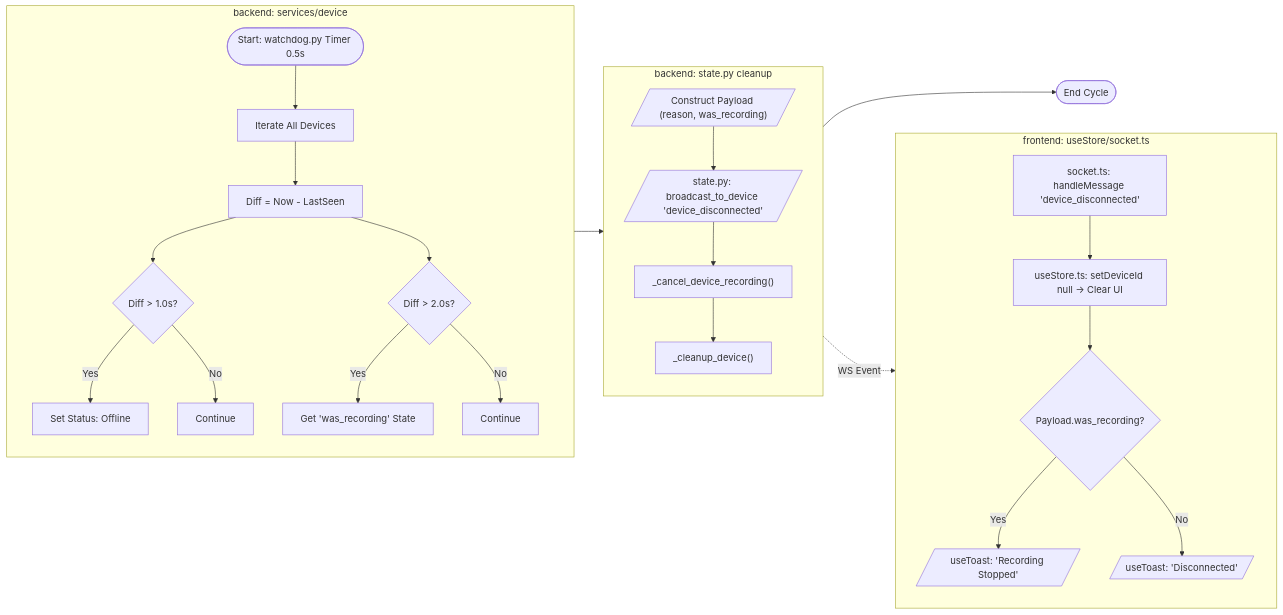
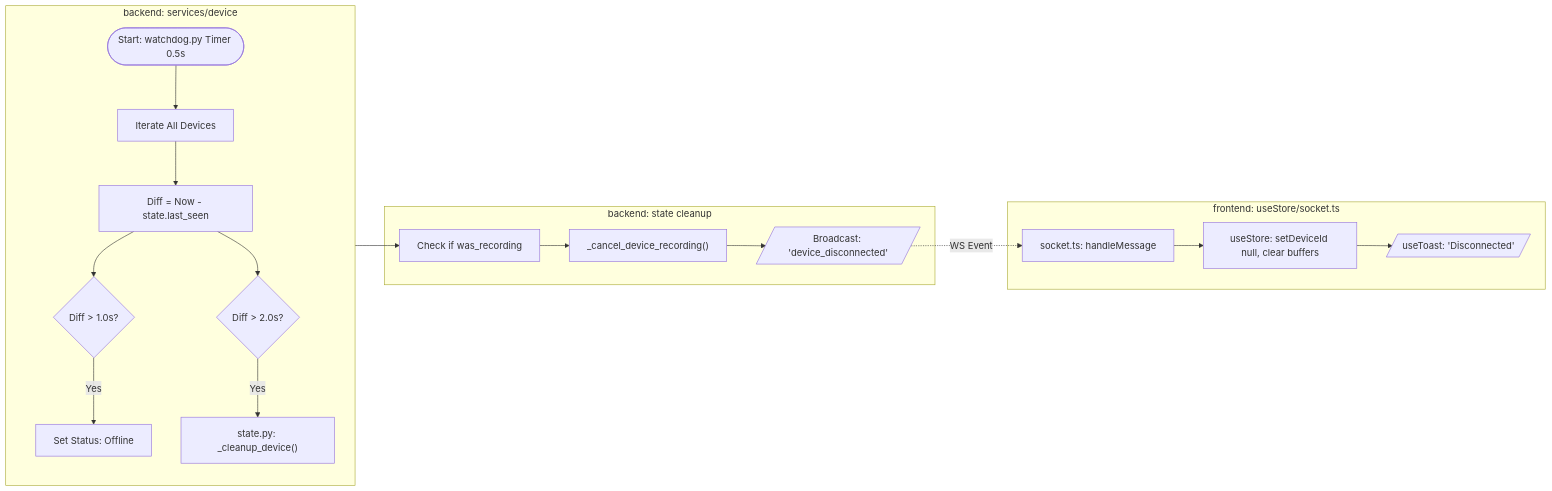
One commit to affanrk/ecg-puskesmas changed the sixth of 9 diagrams in SYSTEM_FLOWS.md. Above: the diagram before and after it, drawn with Mermaid. The commit also changed other lines of this file and 48 other files, not shown here.

Commit message:
FE: Update frontend components, pages, and system flow documentation

````diff
--- a/SYSTEM_FLOWS.md
+++ b/SYSTEM_FLOWS.md
@@ -222,45 +202,35 @@
 ```mermaid
 flowchart LR
     %% SWIMLANE: BACKGROUND SERVICE
     subgraph Watchdog [backend: services/device]
         direction TB
         Timer([Start: watchdog.py Timer 0.5s])
         CheckLoop[Iterate All Devices]
-        CalcDiff[Diff = Now - LastSeen]
+        CalcDiff[Diff = Now - state.last_seen]
         
         Timer --> CheckLoop --> CalcDiff
         
         IsOffline{Diff > 1.0s?}
         IsDisc{Diff > 2.0s?}
         
         CalcDiff --> IsOffline
         IsOffline -- Yes --> MarkOff[Set Status: Offline]
-        IsOffline -- No --> Cont1[Continue]
         
         CalcDiff --> IsDisc
-        IsDisc -- Yes --> GetRecState[Get 'was_recording' State]
-        IsDisc -- No --> Cont2[Continue]
+        IsDisc -- Yes --> Cleanup["state.py: _cleanup_device()"]
     end
 
     %% SWIMLANE: DISCONNECTION LOGIC
-    subgraph Cleanup_Logic [backend: state.py cleanup]
-        direction TB
-        GetRecState --> Payload[/"Construct Payload (reason, was_recording)"/]
-        Payload --> Broadcast[/state.py: broadcast_to_device 'device_disconnected'/]
-        Broadcast --> CancelRec["_cancel_device_recording()"]
-        CancelRec --> WipeMem["_cleanup_device()"]
+    subgraph Cleanup_Logic [backend: state cleanup]
+        Cleanup --> GetRecState[Check if was_recording]
+        GetRecState --> CancelRec["_cancel_device_recording()"]
+        CancelRec --> Broadcast[/Broadcast: 'device_disconnected'/]
     end
 
     %% SWIMLANE: FRONTEND RESPONSE
     subgraph Frontend_UI [frontend: useStore/socket.ts]
-        direction TB
-        Broadcast -.->|WS Event| HdlDisc[socket.ts: handleMessage 'device_disconnected']
-        HdlDisc --> ResetUI[useStore.ts: setDeviceId null -> Clear UI]
-        
-        ResetUI --> CheckFlag{Payload.was_recording?}
-        CheckFlag -- Yes --> Alert[/useToast: 'Recording Stopped'/]
-        CheckFlag -- No --> Toast[/useToast: 'Disconnected'/]
+        Broadcast -.->|WS Event| HdlDisc[socket.ts: handleMessage]
+        HdlDisc --> ResetUI[useStore: setDeviceId null, clear buffers]
+        ResetUI --> Toast[/useToast: 'Disconnected'/]
     end
-    
-    WipeMem --> EndWD([End Cycle])
 ```
````
